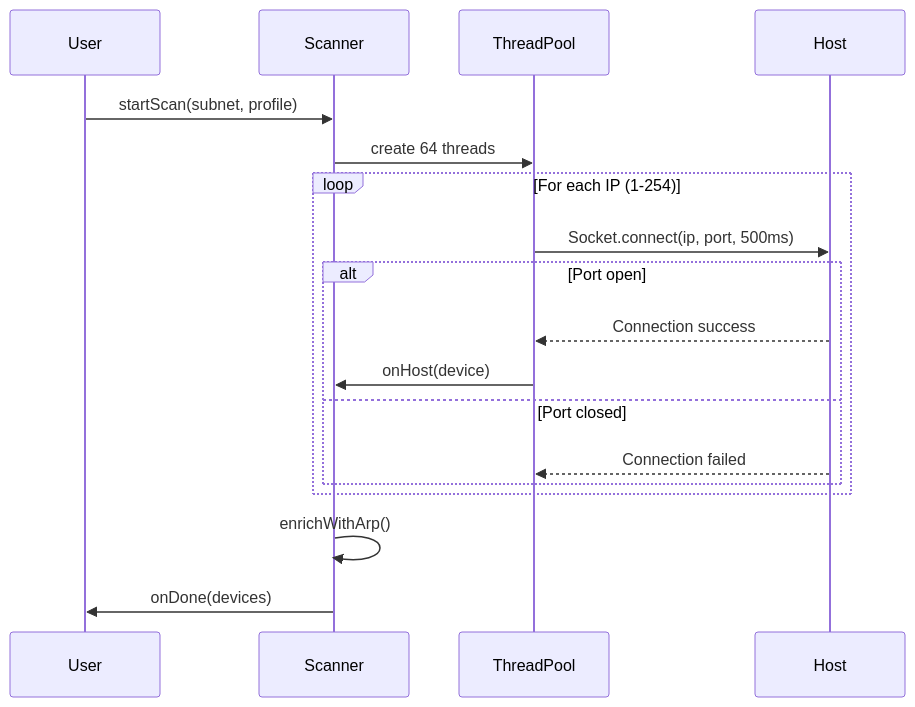
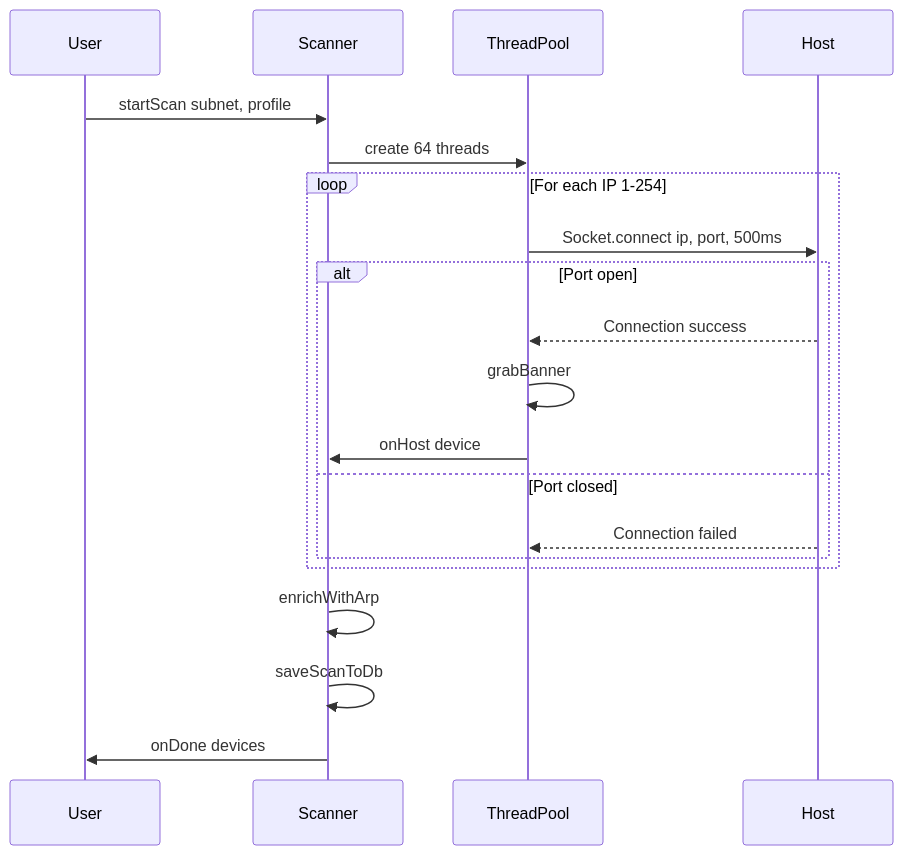
Before and after one commit to venantvr/Android.Net.Mapper: the fifth of 7 diagrams in README.md, drawn with Mermaid. The commit also changed other lines of this file and 9 other files, not shown here.

````diff
--- a/README.md
+++ b/README.md
@@ -216,21 +240,23 @@
 ```mermaid
 sequenceDiagram
     participant U as User
     participant S as Scanner
     participant T as ThreadPool
     participant H as Host
 
-    U->>S: startScan(subnet, profile)
+    U->>S: startScan subnet, profile
     S->>T: create 64 threads
-    loop For each IP (1-254)
-        T->>H: Socket.connect(ip, port, 500ms)
+    loop For each IP 1-254
+        T->>H: Socket.connect ip, port, 500ms
         alt Port open
             H-->>T: Connection success
-            T->>S: onHost(device)
+            T->>T: grabBanner
+            T->>S: onHost device
         else Port closed
             H-->>T: Connection failed
         end
     end
-    S->>S: enrichWithArp()
-    S->>U: onDone(devices)
+    S->>S: enrichWithArp
+    S->>S: saveScanToDb
+    S->>U: onDone devices
 ```
````
